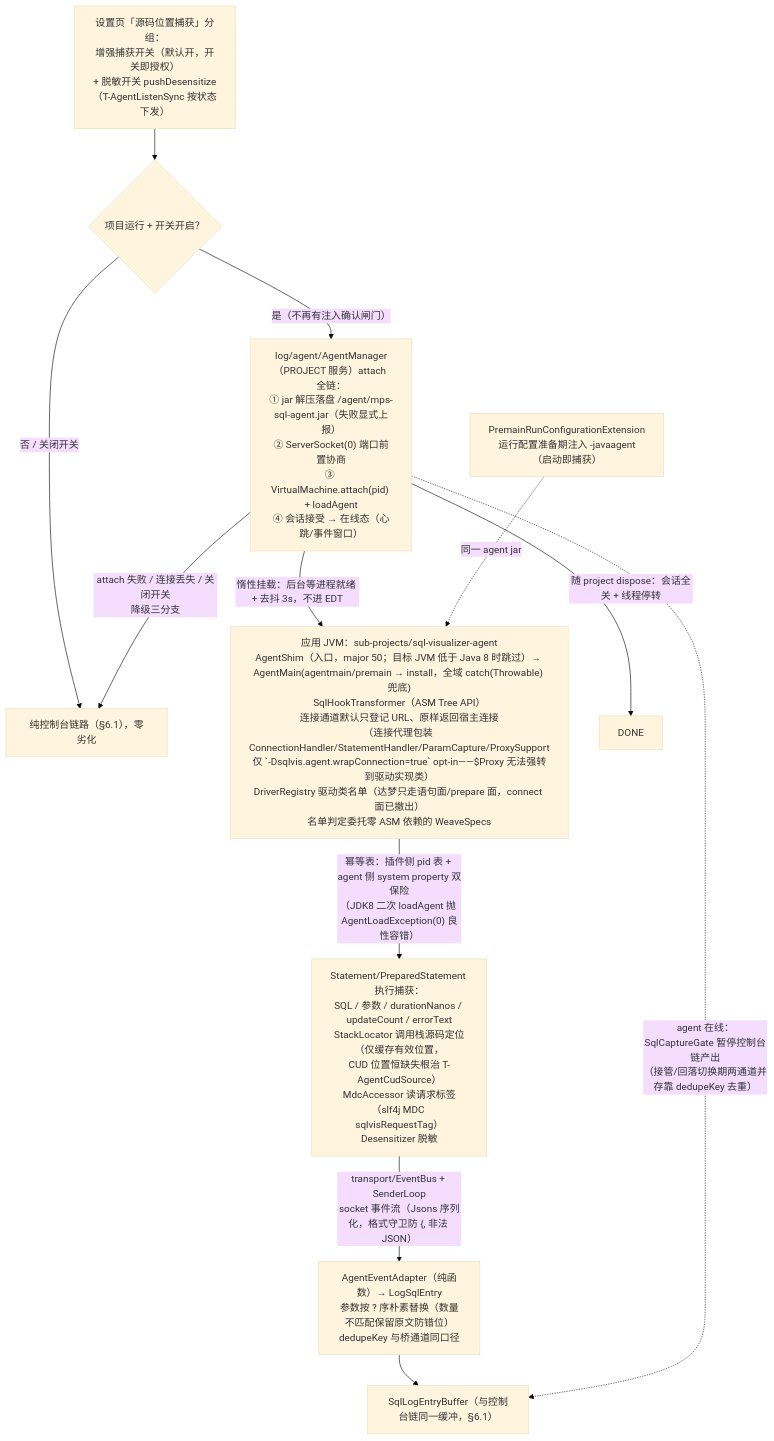
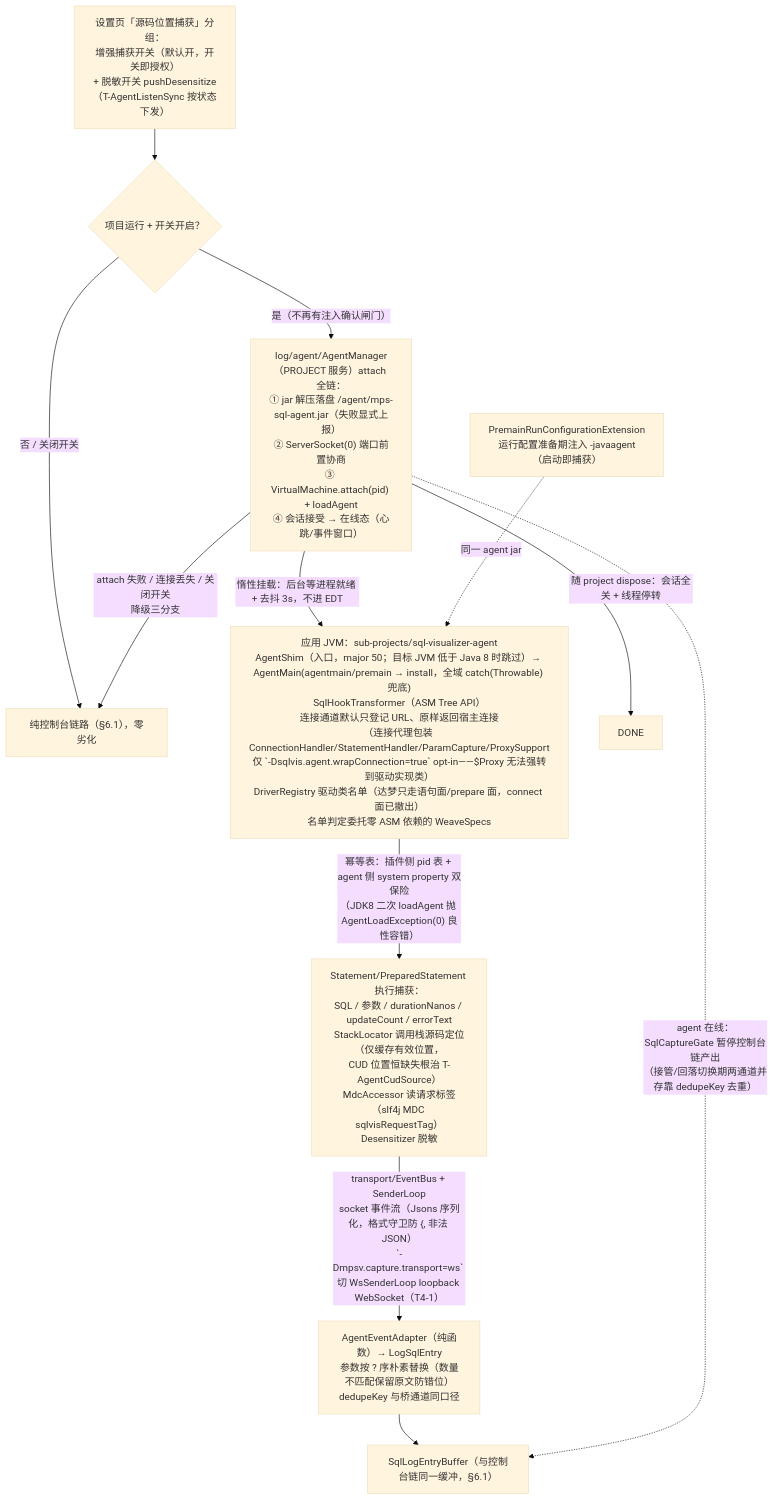
Diagram 17 of 21 in docs/架构设计/02-核心流程详解.md (SongRenShuo/mybatis-plus-sql-visualizer), drawn with Mermaid (base theme) before and after one commit. The commit also changed other lines of this file and 1 other file, not shown here.

````diff
--- a/docs/架构设计/02-核心流程详解.md
+++ b/docs/架构设计/02-核心流程详解.md
@@ -744,14 +794,14 @@
 ```mermaid
 flowchart TD
     SET["设置页「源码位置捕获」分组：<br/>增强捕获开关（默认开，开关即授权）<br/>+ 脱敏开关 pushDesensitize（T-AgentListenSync 按状态下发）"] --> TRIG{"项目运行 + 开关开启？"}
     TRIG -->|"是（不再有注入确认闸门）"| ATTACH["log/agent/AgentManager（PROJECT 服务）attach 全链：<br/>① jar 解压落盘 /agent/mps-sql-agent.jar（失败显式上报）<br/>② ServerSocket(0) 端口前置协商<br/>③ VirtualMachine.attach(pid) + loadAgent<br/>④ 会话接受 → 在线态（心跳/事件窗口）"]
     TRIG -->|"否 / 关闭开关"| CONSOLE["纯控制台链路（§6.1），零劣化"]
     ATTACH -->|"惰性挂载：后台等进程就绪 + 去抖 3s，不进 EDT"| JVM["应用 JVM：sub-projects/sql-visualizer-agent<br/>AgentShim（入口，major 50；目标 JVM 低于 Java 8 时跳过）→ AgentMain(agentmain/premain → install，全域 catch(Throwable) 兜底)<br/>SqlHookTransformer（ASM Tree API）<br/>连接通道默认只登记 URL、原样返回宿主连接<br/>（连接代理包装 ConnectionHandler/StatementHandler/ParamCapture/ProxySupport<br/>仅 `-Dsqlvis.agent.wrapConnection=true` opt-in——$Proxy 无法强转到驱动实现类）<br/>DriverRegistry 驱动类名单（达梦只走语句面/prepare 面，connect 面已撤出）<br/>名单判定委托零 ASM 依赖的 WeaveSpecs"]
     PRE["PremainRunConfigurationExtension<br/>运行配置准备期注入 -javaagent（启动即捕获）"] -.->|"同一 agent jar"| JVM
     JVM -->|"幂等表：插件侧 pid 表 + agent 侧 system property 双保险<br/>（JDK8 二次 loadAgent 抛 AgentLoadException(0) 良性容错）"| CAP2["Statement/PreparedStatement 执行捕获：<br/>SQL / 参数 / durationNanos / updateCount / errorText<br/>StackLocator 调用栈源码定位（仅缓存有效位置，<br/>CUD 位置恒缺失根治 T-AgentCudSource）<br/>MdcAccessor 读请求标签（slf4j MDC sqlvisRequestTag）<br/>Desensitizer 脱敏"]
-    CAP2 -->|"transport/EventBus + SenderLoop<br/>socket 事件流（Jsons 序列化，格式守卫防 {, 非法 JSON）"| ADAPT["AgentEventAdapter（纯函数）→ LogSqlEntry<br/>参数按 ? 序朴素替换（数量不匹配保留原文防错位）<br/>dedupeKey 与桥通道同口径"]
+    CAP2 -->|"transport/EventBus + SenderLoop<br/>socket 事件流（Jsons 序列化，格式守卫防 {, 非法 JSON）<br/>`-Dmpsv.capture.transport=ws` 切 WsSenderLoop loopback WebSocket（T4-1）"| ADAPT["AgentEventAdapter（纯函数）→ LogSqlEntry<br/>参数按 ? 序朴素替换（数量不匹配保留原文防错位）<br/>dedupeKey 与桥通道同口径"]
     ADAPT --> BUF["SqlLogEntryBuffer（与控制台链同一缓冲，§6.1）"]
     ATTACH -.->|"agent 在线：SqlCaptureGate 暂停控制台链产出<br/>（接管/回落切换期两通道并存靠 dedupeKey 去重）"| BUF
     ATTACH -->|"attach 失败 / 连接丢失 / 关闭开关<br/>降级三分支"| CONSOLE
     ATTACH -->|"随 project dispose：会话全关 + 线程停转"| DONE
 ```
````
